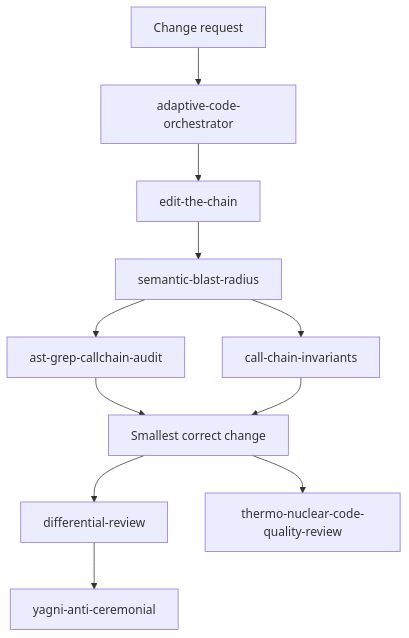
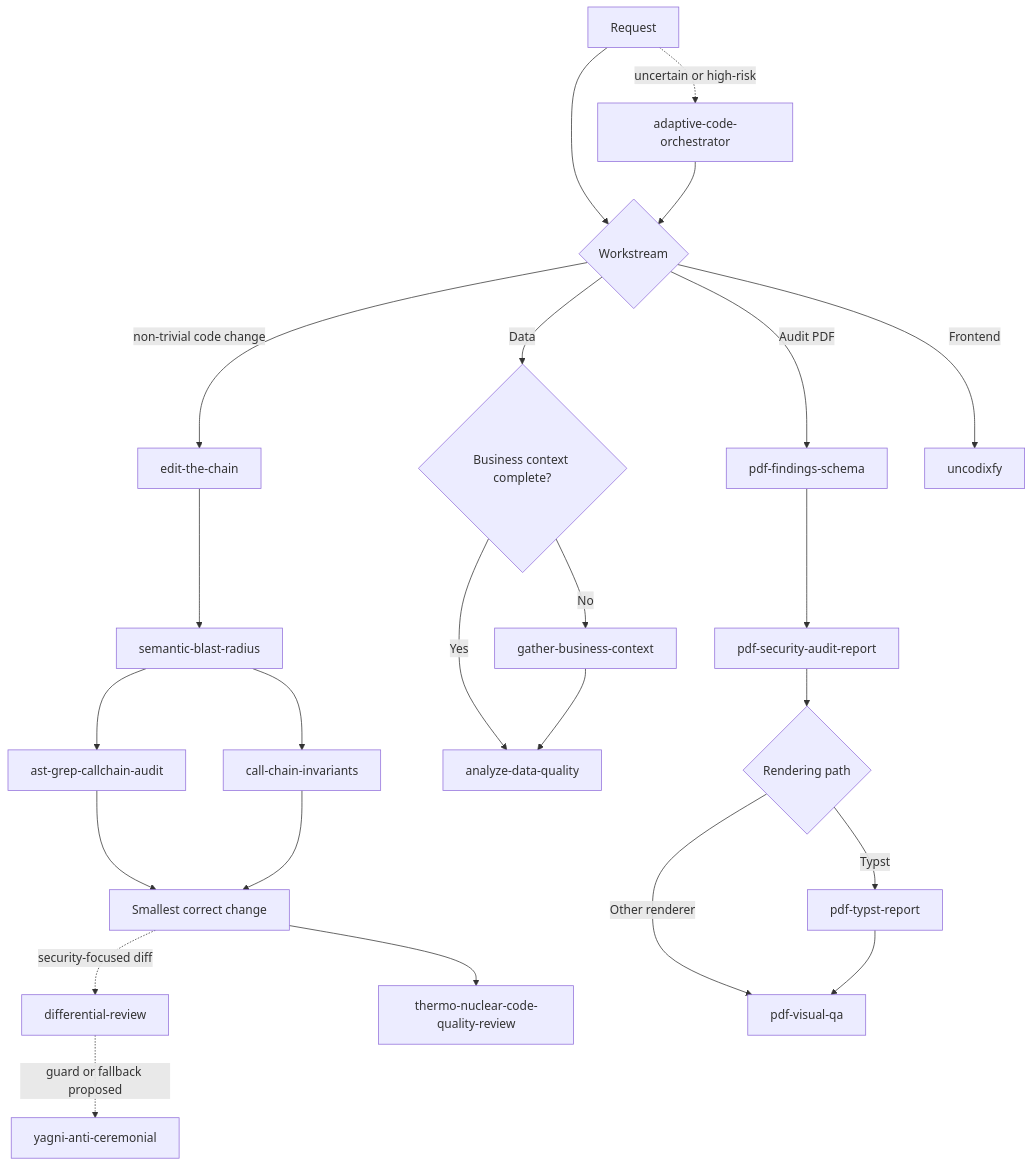
One commit to CanerKocak/clanker-skills changed the diagram in README.md. Above: the diagram before and after it, drawn with Mermaid. The commit also changed other lines of this file and 76 other files, not shown here.

````diff
--- a/README.md
+++ b/README.md
@@ -26,13 +95,26 @@
-```mermaid
+~~~mermaid
 flowchart TD
-    request["Change request"] --> route["adaptive-code-orchestrator"]
-    route --> chain["edit-the-chain"]
-    chain --> impact["semantic-blast-radius"]
-    impact --> structure["ast-grep-callchain-audit"]
-    impact --> surfaces["call-chain-invariants"]
-    structure --> change["Smallest correct change"]
-    surfaces --> change
-    change --> review["differential-review"]
-    review --> gate["yagni-anti-ceremonial"]
-    change --> thermo["thermo-nuclear-code-quality-review"]
-```
+    A[Request] --> C{Workstream}
+    A -.->|uncertain or high-risk| B[adaptive-code-orchestrator]
+    B --> C
+    C -->|non-trivial code change| D[edit-the-chain]
+    D --> E[semantic-blast-radius]
+    E --> F[ast-grep-callchain-audit]
+    E --> G[call-chain-invariants]
+    F --> H[Smallest correct change]
+    G --> H
+    H -.->|security-focused diff| I[differential-review]
+    H --> J[thermo-nuclear-code-quality-review]
+    I -.->|guard or fallback proposed| K[yagni-anti-ceremonial]
+    C -->|Data| L{Business context complete?}
+    L -->|No| M[gather-business-context]
+    L -->|Yes| N[analyze-data-quality]
+    M --> N
+    C -->|Audit PDF| O[pdf-findings-schema]
+    O --> P[pdf-security-audit-report]
+    P --> Q{Rendering path}
+    Q -->|Typst| R[pdf-typst-report]
+    Q -->|Other renderer| S[pdf-visual-qa]
+    R --> S
+    C -->|Frontend| T[uncodixfy]
+~~~
````
